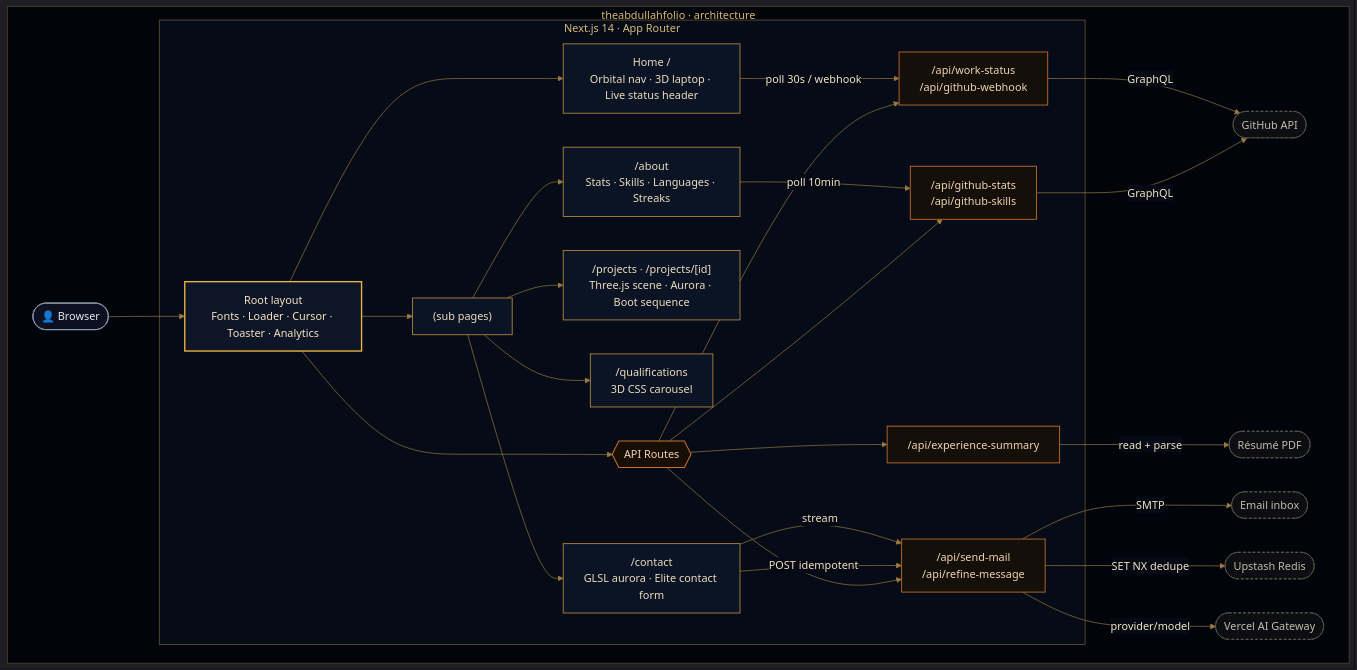
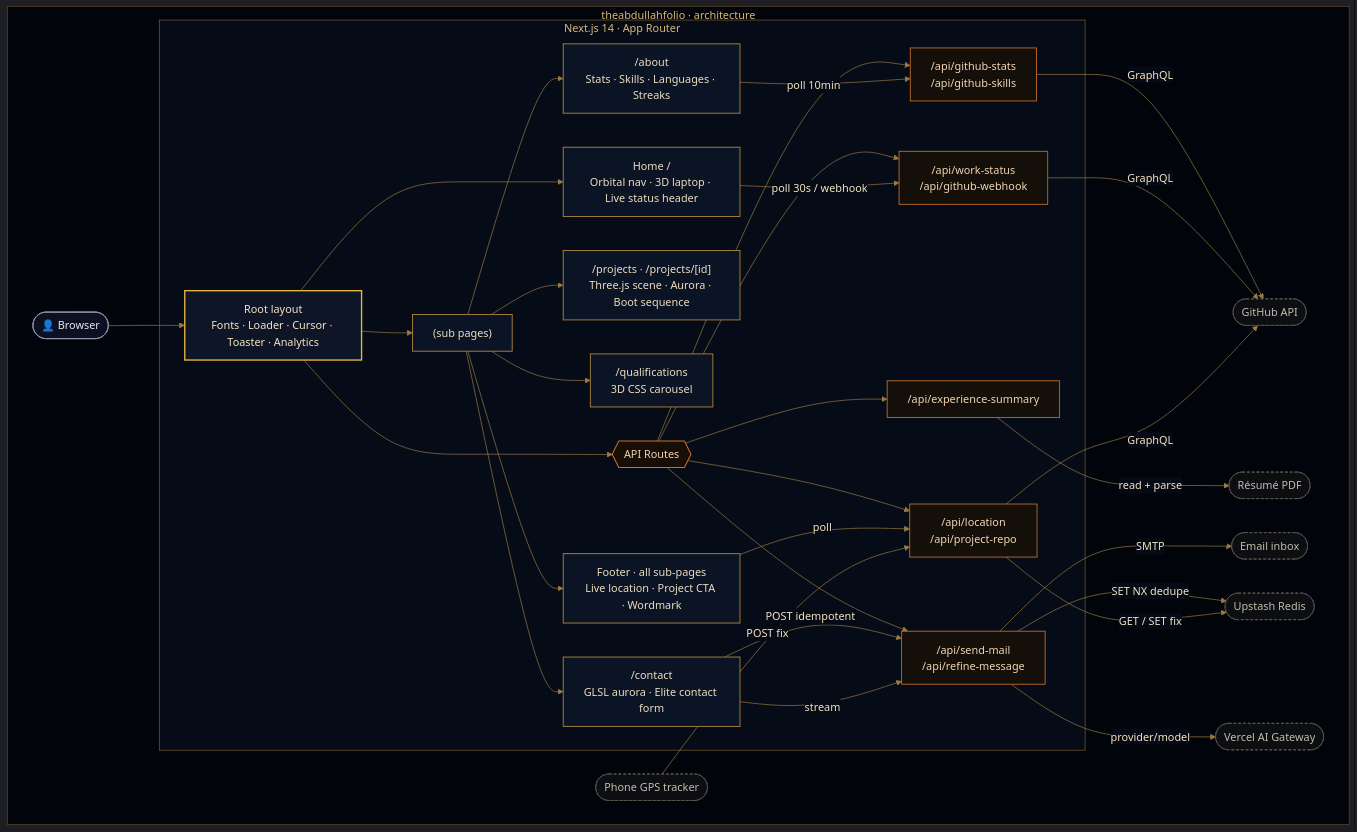
The diagram in README.md (MA1002643/theabdullahfolio), drawn with Mermaid before and after one commit. The commit also changed other lines of this file and 2 other files, not shown here.

Commit message:
feat: add route-wide editorial footer with live-location and project metadata

````diff
--- a/README.md
+++ b/README.md
@@ -142,58 +144,65 @@
 ```mermaid
 %%{init: {"theme":"dark","themeVariables":{"fontFamily":"ui-sans-serif, system-ui, -apple-system, Segoe UI, sans-serif","lineColor":"#9a7a42","edgeLabelBackground":"#050a14","tertiaryColor":"#050a14"}}}%%
 graph TD
     subgraph Sys[" theabdullahfolio · architecture "]
         Browser(["👤 Browser"])
 
         subgraph App[" Next.js 14 · App Router "]
             Root["Root layout<br/>Fonts · Loader · Cursor · Toaster · Analytics"]
             Root --> Home["Home /<br/>Orbital nav · 3D laptop · Live status header"]
             Root --> Pages["(sub pages)"]
             Pages --> About["/about<br/>Stats · Skills · Languages · Streaks"]
             Pages --> Projects["/projects · /projects/[id]<br/>Three.js scene · Aurora · Boot sequence"]
             Pages --> Quals["/qualifications<br/>3D CSS carousel"]
             Pages --> Contact["/contact<br/>GLSL aurora · Elite contact form"]
+            Pages --> Footer["Footer · all sub-pages<br/>Live location · Project CTA · Wordmark"]
 
             Root --> API{{"API Routes"}}
             API --> Stats["/api/github-stats<br/>/api/github-skills"]
             API --> Exp["/api/experience-summary"]
             API --> Work["/api/work-status<br/>/api/github-webhook"]
             API --> Mail["/api/send-mail<br/>/api/refine-message"]
+            API --> Foot["/api/location<br/>/api/project-repo"]
         end
 
         GitHub([GitHub API])
         PDF([Résumé PDF])
         Inbox([Email inbox])
         Redis([Upstash Redis])
         Gateway([Vercel AI Gateway])
+        Tracker([Phone GPS tracker])
 
         Browser --> Root
         About -->|poll 10min| Stats
         Home -->|poll 30s / webhook| Work
         Contact -->|POST idempotent| Mail
         Contact -->|stream| Mail
         Stats -->|GraphQL| GitHub
         Work -->|GraphQL| GitHub
         Exp -->|read + parse| PDF
         Mail -->|SMTP| Inbox
         Mail -->|SET NX dedupe| Redis
         Mail -->|provider/model| Gateway
+        Footer -->|poll| Foot
+        Tracker -->|POST fix| Foot
+        Foot -->|GraphQL| GitHub
+        Foot -->|GET / SET fix| Redis
     end
 
     classDef client fill:#0d1020,stroke:#8f99ad,stroke-width:1.25px,color:#e6e9f0;
     classDef root fill:#0e1526,stroke:#eab53e,stroke-width:2px,color:#f4e3c2;
     classDef page fill:#0b1424,stroke:#b78a3e,stroke-width:1.25px,color:#ecdcbf;
     classDef api fill:#141009,stroke:#c96f2a,stroke-width:1.25px,color:#f0d3b4;
     classDef gateway fill:#170f06,stroke:#c96f2a,stroke-width:1.5px,color:#f0d3b4;
     classDef ext fill:#0c0e12,stroke:#5f5a50,stroke-width:1px,color:#c3bcae,stroke-dasharray:4 3;
 
     class Browser client;
     class Root root;
-    class Home,Pages,About,Projects,Quals,Contact page;
-    class Stats,Exp,Work,Mail api;
+    class Home,Pages,About,Projects,Quals,Contact,Footer page;
+    class Stats,Exp,Work,Mail,Foot api;
     class API gateway;
-    class GitHub,PDF,Inbox,Redis,Gateway ext;
+    class GitHub,PDF,Inbox,Redis,Gateway,Tracker ext;
 
     style Sys fill:#02040c,stroke:#5c4a24,stroke-width:1px,color:#d9b877;
     style App fill:#050c18,stroke:#7a5f2c,stroke-width:1px,color:#d9b877;
 ```
````
